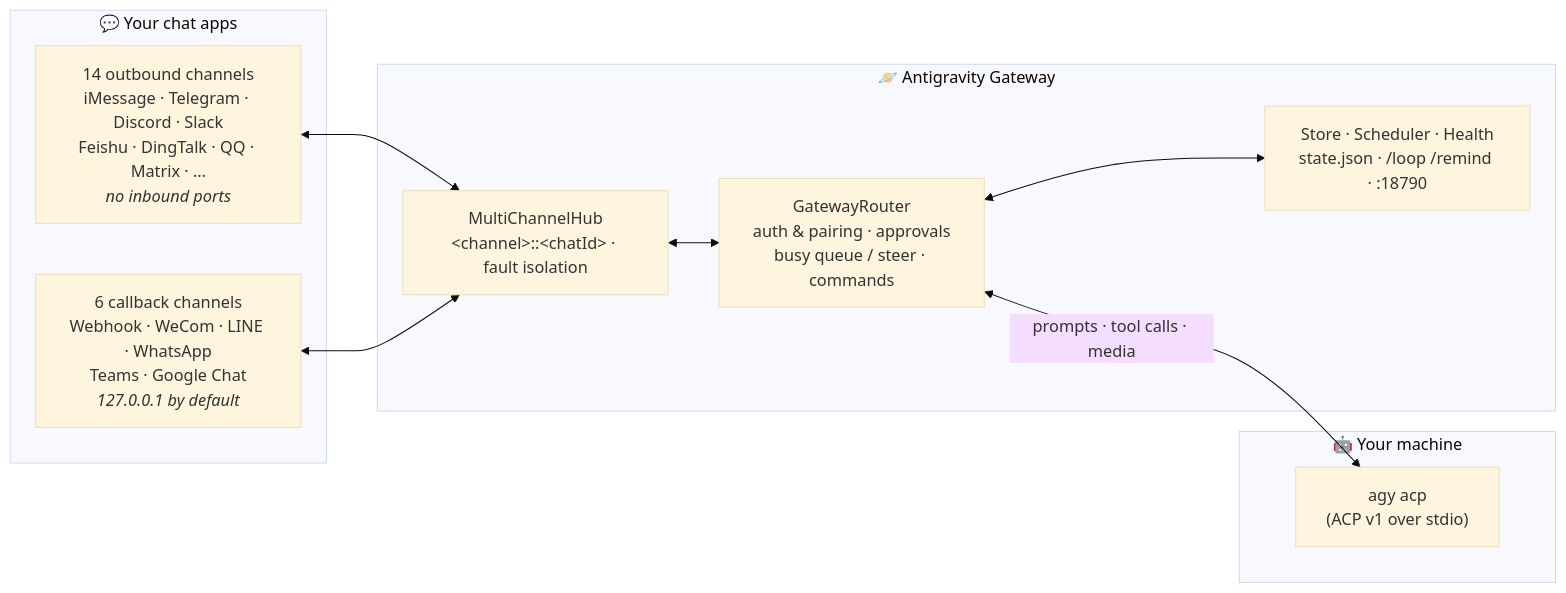
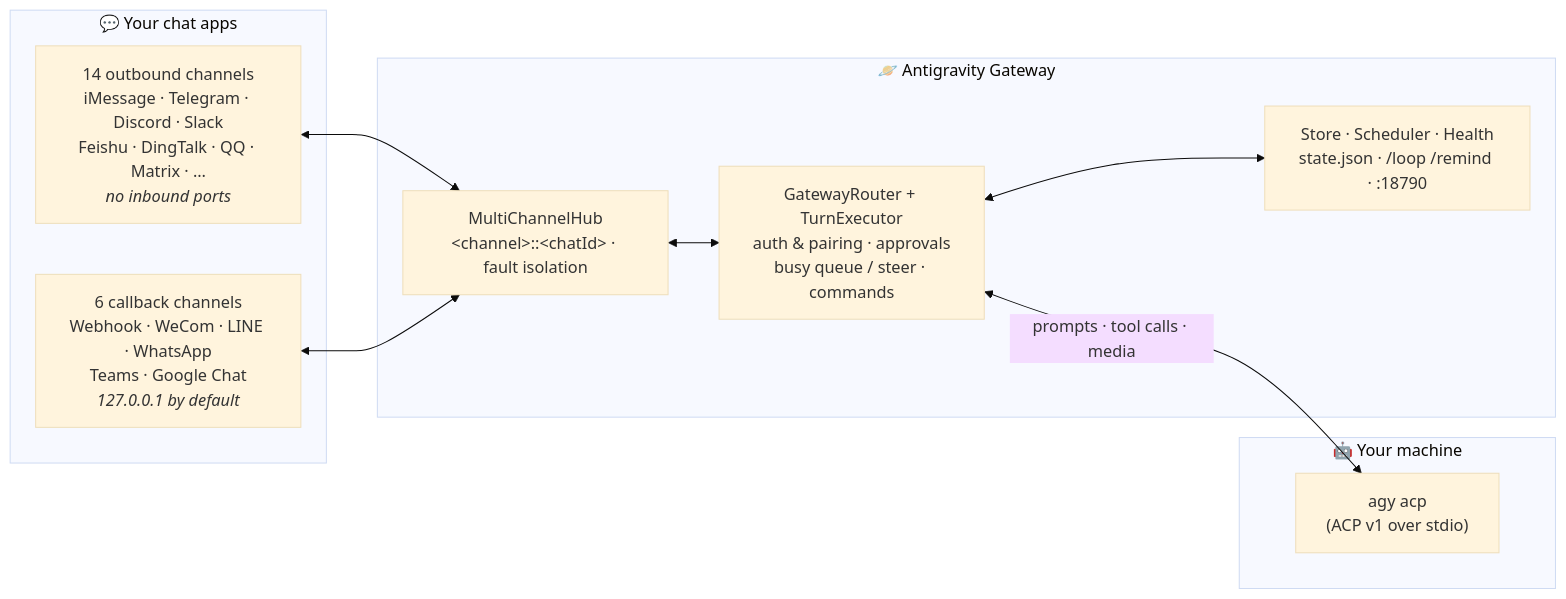
Before and after one commit to Relogys/Antigravity-gateway: the diagram in README.md, drawn with Mermaid (base theme). The commit also changed other lines of this file and 4 other files, not shown here.

````diff
--- a/README.md
+++ b/README.md
@@ -55,23 +123,23 @@
 ```mermaid
 flowchart LR
     subgraph Chat["💬 Your chat apps"]
         A["14 outbound channels<br/>iMessage · Telegram · Discord · Slack<br/>Feishu · DingTalk · QQ · Matrix · …<br/><i>no inbound ports</i>"]
         B["6 callback channels<br/>Webhook · WeCom · LINE · WhatsApp<br/>Teams · Google Chat<br/><i>127.0.0.1 by default</i>"]
     end
 
     subgraph GW["🪐 Antigravity Gateway"]
         H["MultiChannelHub<br/>&lt;channel&gt;::&lt;chatId&gt; · fault isolation"]
-        R["GatewayRouter<br/>auth & pairing · approvals<br/>busy queue / steer · commands"]
+        R["GatewayRouter + TurnExecutor<br/>auth & pairing · approvals<br/>busy queue / steer · commands"]
         S["Store · Scheduler · Health<br/>state.json · /loop /remind · :18790"]
     end
 
     subgraph Agent["🤖 Your machine"]
         ACP["agy acp<br/>(ACP v1 over stdio)"]
     end
 
     A <--> H
     B <--> H
     H <--> R
     R <--> S
     R <-->|prompts · tool calls · media| ACP
 ```
````
